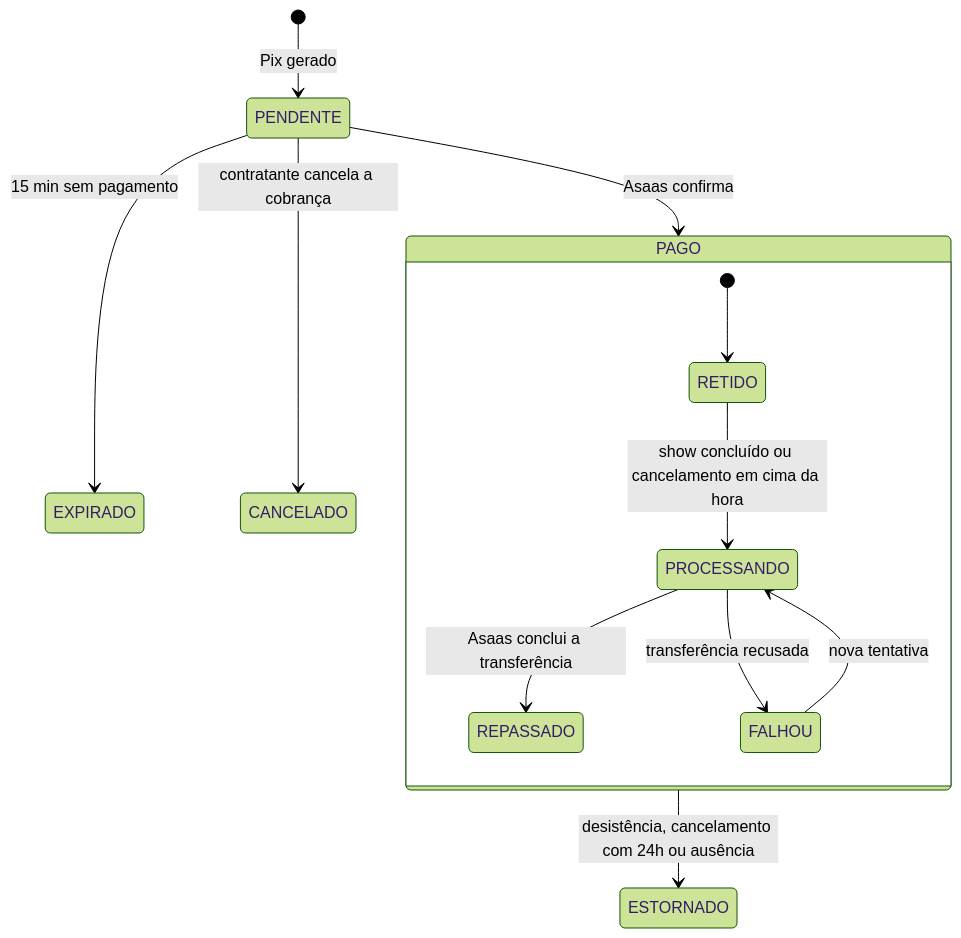
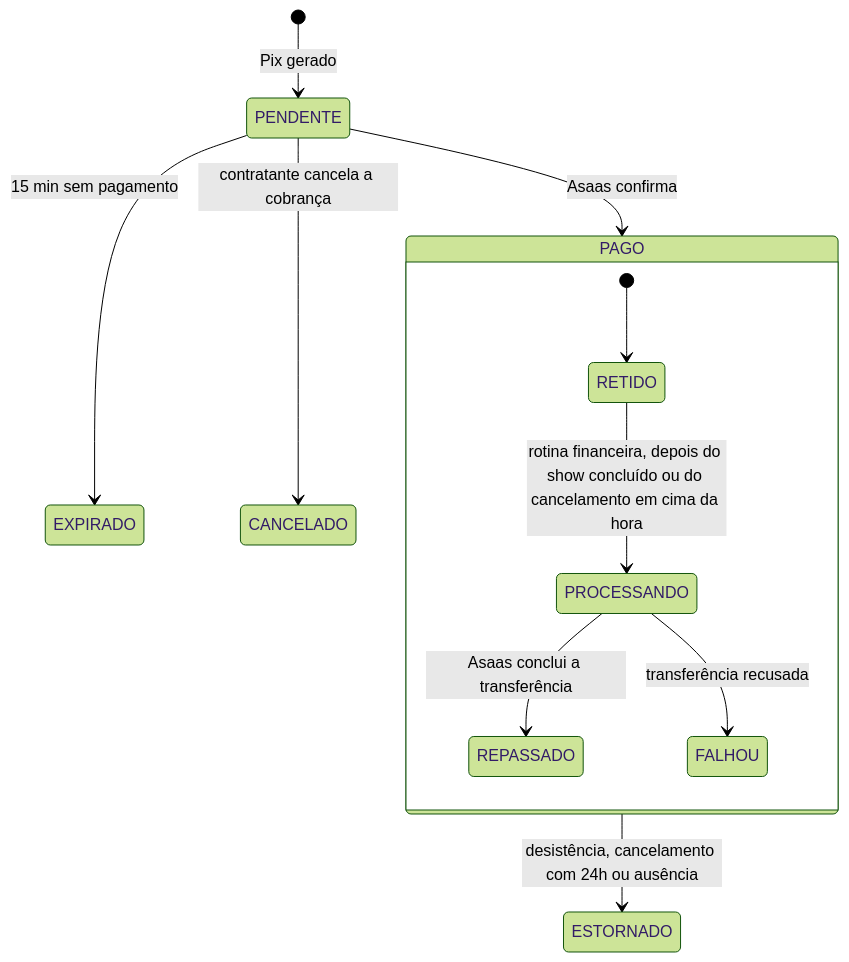
The fourth of 5 diagrams in docs/produto.md (lfbpaiva/newmuve), drawn with Mermaid (forest theme) before and after one commit. The commit also changed other lines of this file and 16 other files, not shown here.

First line of the commit message:
fix: tira os repasses da consulta da contratação e centraliza na rotina financeira

````diff
--- a/docs/produto.md
+++ b/docs/produto.md
@@ -76,15 +76,14 @@
 ```mermaid
 stateDiagram-v2
     [*] --> PENDENTE: Pix gerado
     PENDENTE --> EXPIRADO: 15 min sem pagamento
     PENDENTE --> CANCELADO: contratante cancela a cobrança
     PENDENTE --> PAGO: Asaas confirma
     state PAGO {
         [*] --> RETIDO
-        RETIDO --> PROCESSANDO: show concluído ou cancelamento em cima da hora
+        RETIDO --> PROCESSANDO: rotina financeira, depois do show concluído ou do cancelamento em cima da hora
         PROCESSANDO --> REPASSADO: Asaas conclui a transferência
         PROCESSANDO --> FALHOU: transferência recusada
-        FALHOU --> PROCESSANDO: nova tentativa
     }
     PAGO --> ESTORNADO: desistência, cancelamento com 24h ou ausência
 ```
````
